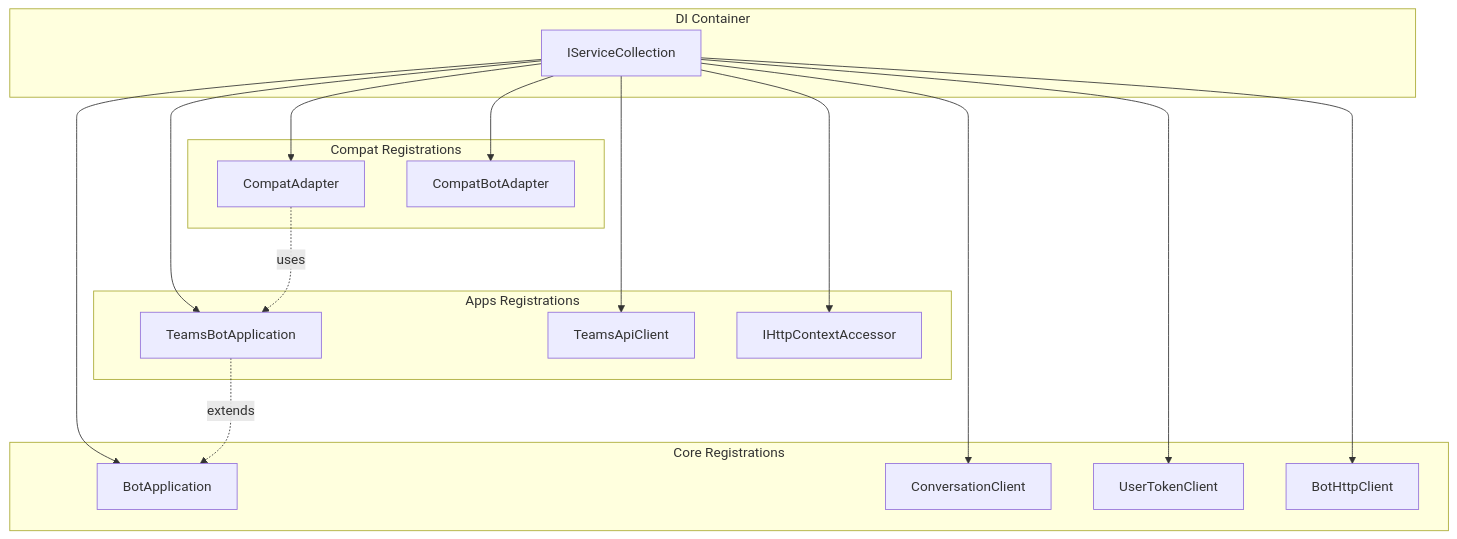
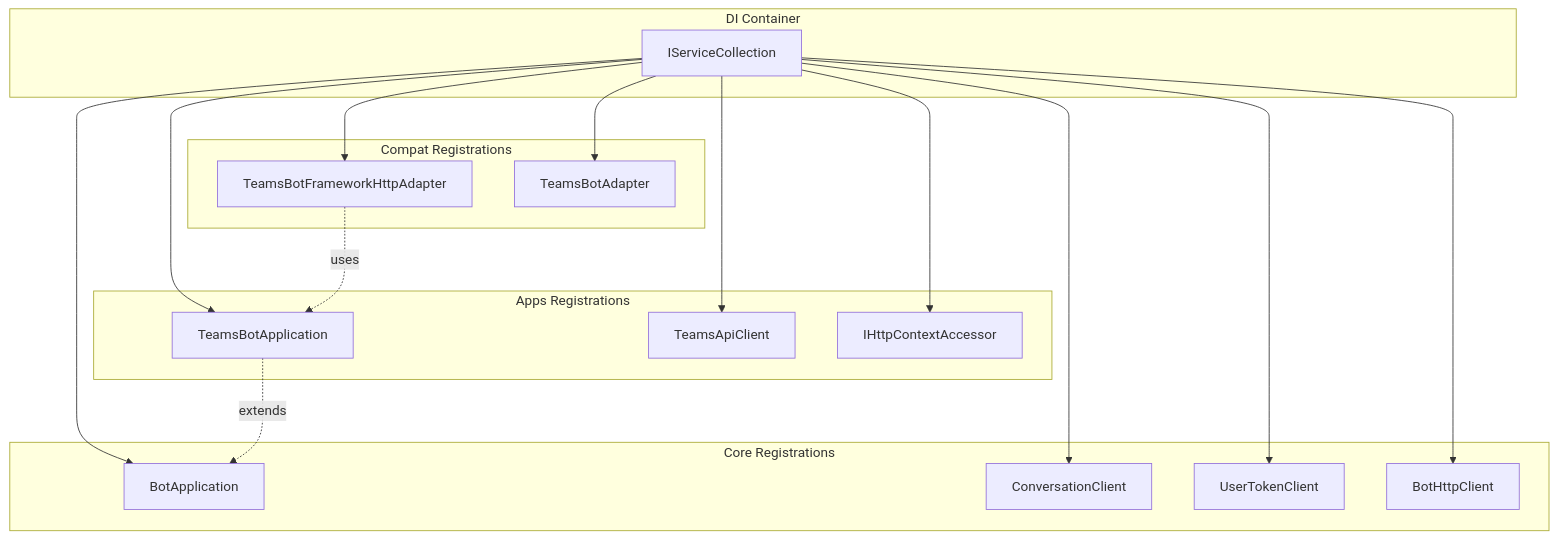
One commit to microsoft/teams.net changed diagram 16 of 19 in core/docs/Architecture.md. Above: the diagram before and after it, drawn with Mermaid. The commit also changed other lines of this file and 13 other files, not shown here.

````diff
--- a/core/docs/Architecture.md
+++ b/core/docs/Architecture.md
@@ -736,37 +736,37 @@
 ```mermaid
 graph TB
     subgraph "DI Container"
         Services[IServiceCollection]
     end
 
     subgraph "Core Registrations"
         BotApp[BotApplication]
         ConvClient[ConversationClient]
         TokenClient[UserTokenClient]
         HttpClient[BotHttpClient]
     end
 
     subgraph "Apps Registrations"
         TeamsBotApp[TeamsBotApplication]
         TeamsAPI[TeamsApiClient]
         HttpCtx[IHttpContextAccessor]
     end
 
     subgraph "Compat Registrations"
-        Adapter[CompatAdapter]
-        BotAdapter[CompatBotAdapter]
+        Adapter[TeamsBotFrameworkHttpAdapter]
+        BotAdapter[TeamsBotAdapter]
     end
 
     Services --> BotApp
     Services --> ConvClient
     Services --> TokenClient
     Services --> HttpClient
     Services --> TeamsBotApp
     Services --> TeamsAPI
     Services --> HttpCtx
     Services --> Adapter
     Services --> BotAdapter
 
     TeamsBotApp -.extends.-> BotApp
     Adapter -.uses.-> TeamsBotApp
 ```
````
